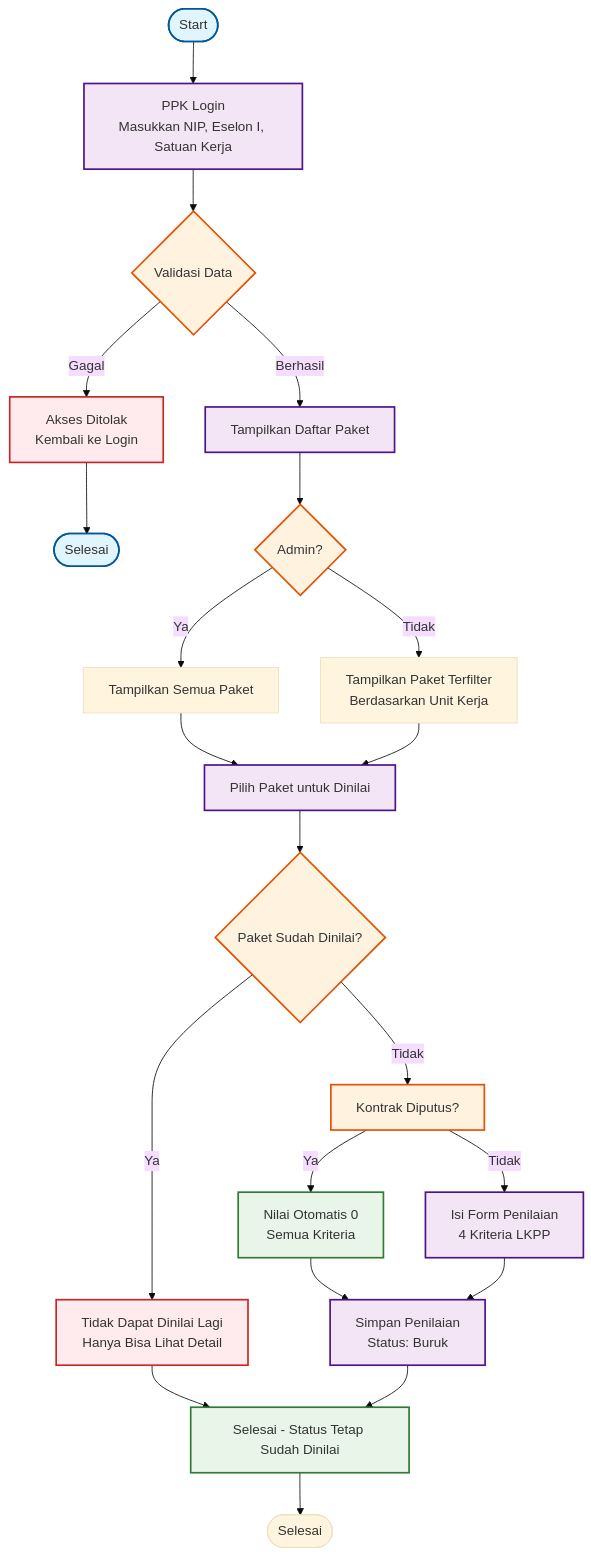
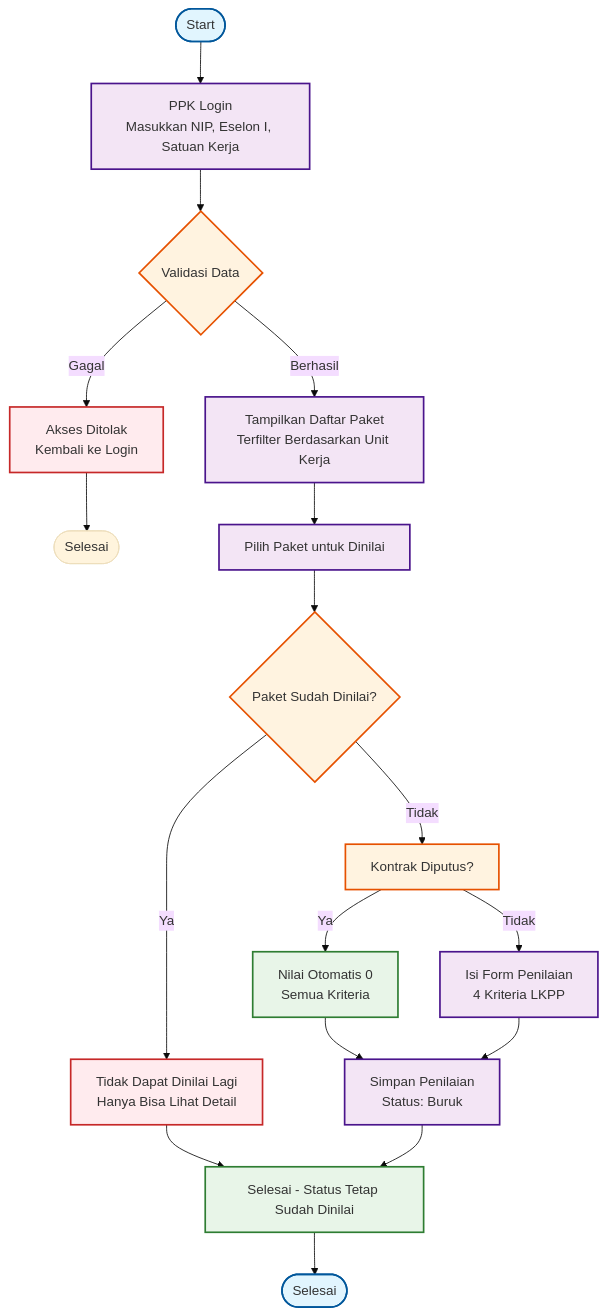
The sixth of 7 diagrams in README.md (Aldbow/Sistem-Penilaian-Penyedia), drawn with Mermaid (base theme) before and after one commit.

Commit message:
Renew Flowchart

````diff
--- a/README.md
+++ b/README.md
@@ -228,37 +228,33 @@
 ```mermaid
 graph TD
     A([Start]) --> B[PPK Login<br/>Masukkan NIP, Eselon I, Satuan Kerja]
     B --> C{Validasi Data}
     C -->|Gagal| D[Akses Ditolak<br/>Kembali ke Login]
-    C -->|Berhasil| E[Tampilkan Daftar Paket]
+    C -->|Berhasil| E[Tampilkan Daftar Paket<br/>Terfilter Berdasarkan Unit Kerja]
     D --> Z([Selesai])
     
-    E --> F{Admin?}
-    F -->|Ya| G[Tampilkan Semua Paket]
-    F -->|Tidak| H[Tampilkan Paket Terfilter<br/>Berdasarkan Unit Kerja]
-    G --> I[Pilih Paket untuk Dinilai]
-    H --> I
-    I --> J{Paket Sudah Dinilai?}
-    J -->|Ya| K[Tidak Dapat Dinilai Lagi<br/>Hanya Bisa Lihat Detail]
-    J -->|Tidak| L[Kontrak Diputus?]
-    K --> P[Selesai - Status Tetap Sudah Dinilai]
-    L -->|Ya| M[Nilai Otomatis 0<br/>Semua Kriteria]
-    L -->|Tidak| N[Isi Form Penilaian<br/>4 Kriteria LKPP]
-    M --> O[Simpan Penilaian<br/>Status: Buruk]
-    N --> O
-    O --> P
-    P --> Q([Selesai])
+    E --> F[Pilih Paket untuk Dinilai]
+    F --> G{Paket Sudah Dinilai?}
+    G -->|Ya| H[Tidak Dapat Dinilai Lagi<br/>Hanya Bisa Lihat Detail]
+    G -->|Tidak| I[Kontrak Diputus?]
+    H --> M[Selesai - Status Tetap Sudah Dinilai]
+    I -->|Ya| J[Nilai Otomatis 0<br/>Semua Kriteria]
+    I -->|Tidak| K[Isi Form Penilaian<br/>4 Kriteria LKPP]
+    J --> L[Simpan Penilaian<br/>Status: Buruk]
+    K --> L
+    L --> M
+    M --> N([Selesai])
     
     %% Styling
     classDef startEnd fill:#e1f5fe,stroke:#01579b,stroke-width:2px
     classDef process fill:#f3e5f5,stroke:#4a148c,stroke-width:2px
     classDef decision fill:#fff3e0,stroke:#e65100,stroke-width:2px
     classDef success fill:#e8f5e8,stroke:#2e7d32,stroke-width:2px
     classDef failed fill:#ffebee,stroke:#c62828,stroke-width:2px
     
-    class A,Z startEnd
-    class B,E,I,N,O process
-    class C,F,J,L decision
-    class D,K failed
-    class M,P success
+    class A,N startEnd
+    class B,E,F,K,L process
+    class C,G,I decision
+    class D,H failed
+    class J,M success
 ```
````
